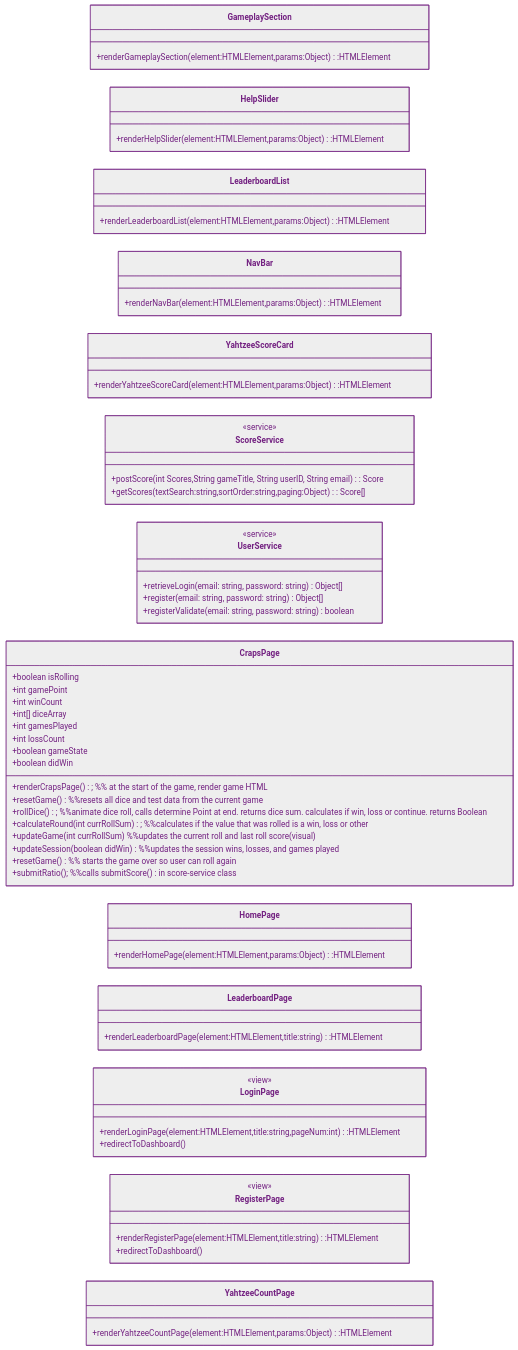
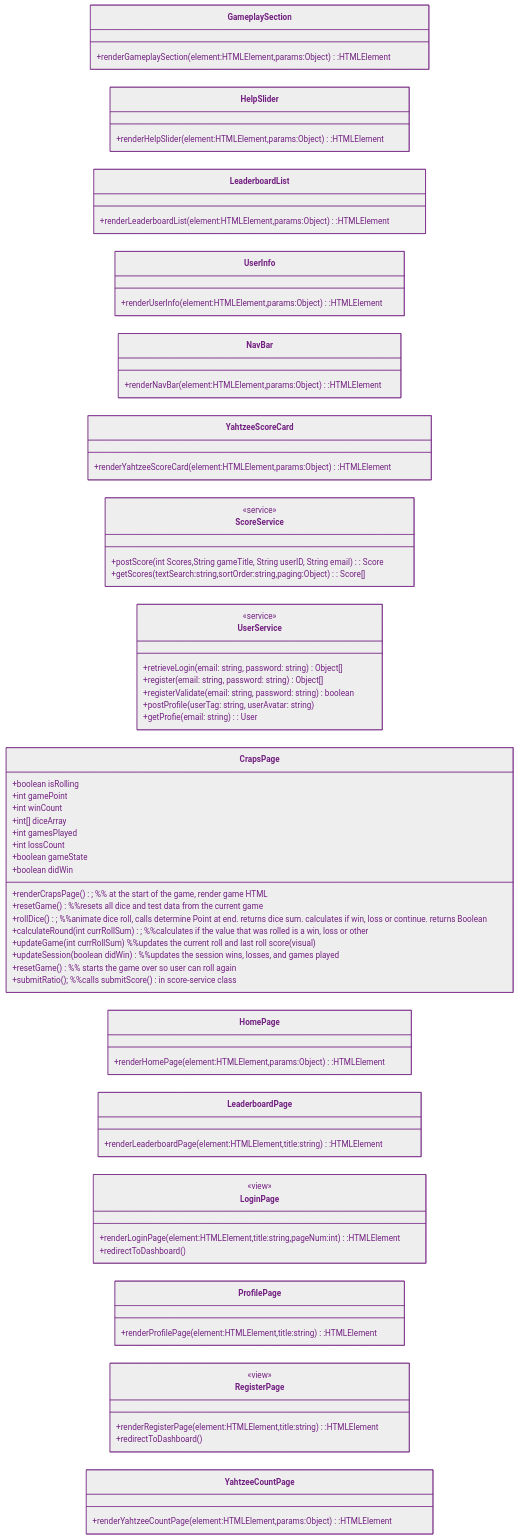
The diagram in uml/icd.md (null-0ne/COSA-195-Gamehub), drawn with Mermaid before and after one commit. The commit also changed 3 other files, not shown here.

Commit message:
uml Updated

```diff
--- a/uml/icd.md
+++ b/uml/icd.md
@@ -20,6 +20,10 @@
         +renderLeaderboardList(element:HTMLElement,params:Object):HTMLElement
     }
 
+    class UserInfo{
+        +renderUserInfo(element:HTMLElement,params:Object):HTMLElement
+    }
+
     class NavBar {
         +renderNavBar(element:HTMLElement,params:Object):HTMLElement
     }
@@ -33,6 +37,7 @@
         <<service>>
         +postScore(int Scores,String gameTitle, String userID, String email) : Score
         +getScores(textSearch:string,sortOrder:string,paging:Object) : Score[]
+
     }
 
     class UserService{
@@ -40,6 +45,9 @@
         +retrieveLogin(email: string, password: string) Object[]
         +register(email: string, password: string) Object[]
         +registerValidate(email: string, password: string) boolean
+        +postProfile(userTag: string, userAvatar: string)
+        +getProfie(email: string) : User
+
     }
 
     %% ---------PAGES ----------%%
@@ -84,6 +92,9 @@
         +renderLoginPage(element:HTMLElement,title:string,pageNum:int):HTMLElement
         +redirectToDashboard()
     }
+    class ProfilePage {
+         +renderProfilePage(element:HTMLElement,title:string):HTMLElement
+    }
 
     class RegisterPage {
     <<view>>
```
